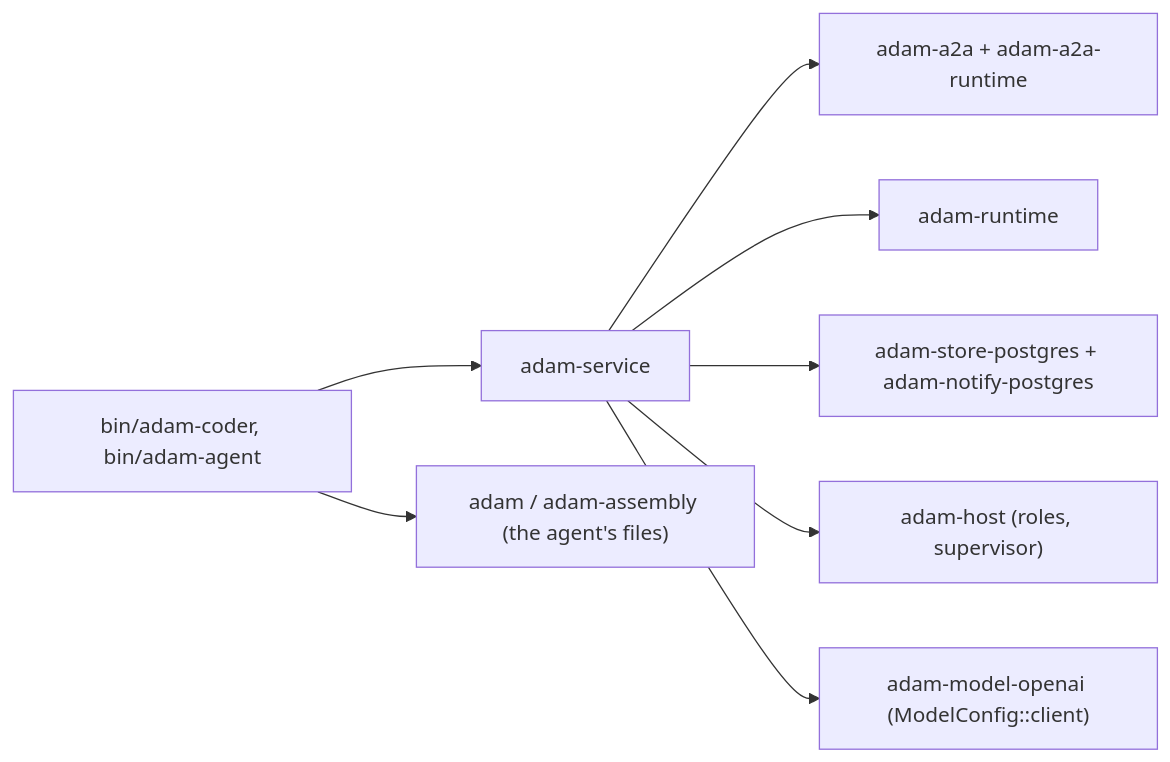
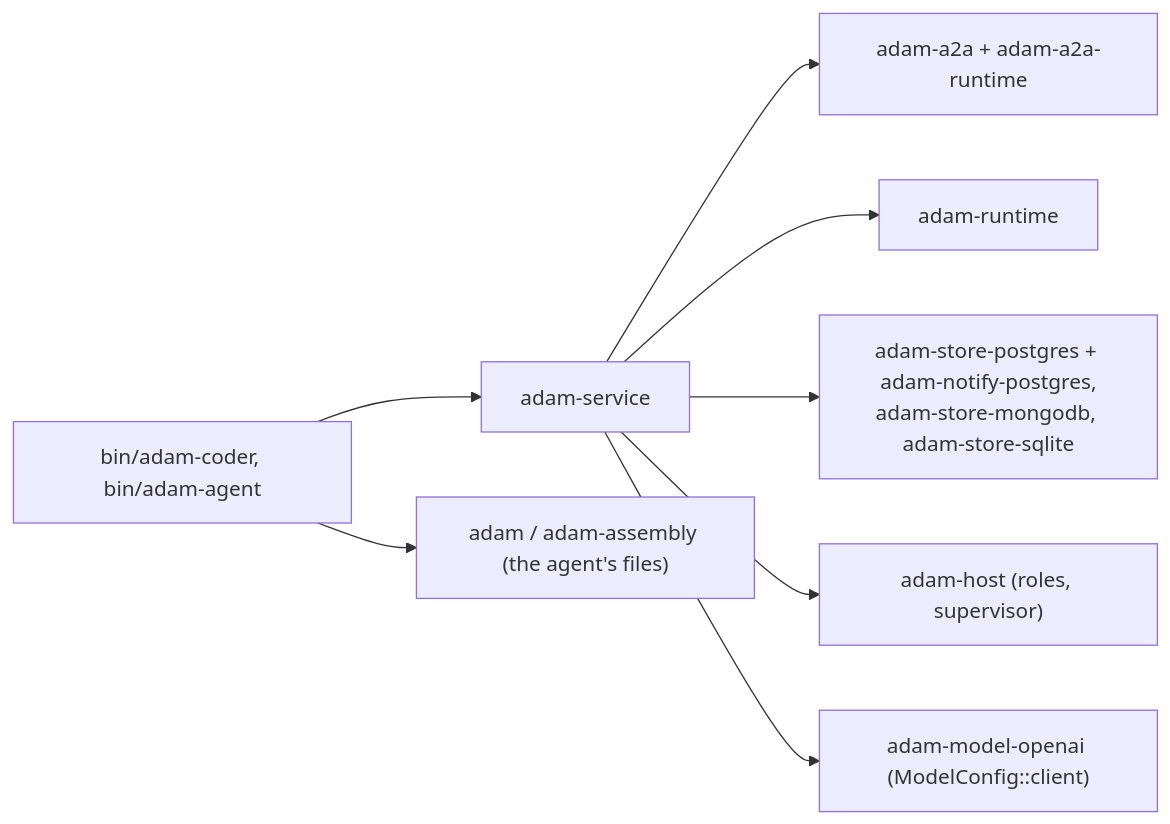
One commit to vymalo/another-adam-rs changed the first of 3 diagrams in crates/adam-service/README.md. Above: the diagram before and after it, drawn with Mermaid. The commit also changed other lines of this file and 26 other files, not shown here.

````diff
--- a/crates/adam-service/README.md
+++ b/crates/adam-service/README.md
@@ -13,10 +14,10 @@
 ```mermaid
 flowchart LR
   bin["bin/adam-coder, bin/adam-agent"] --> svc["adam-service"]
   svc --> a2a["adam-a2a + adam-a2a-runtime"]
   svc --> rt["adam-runtime"]
-  svc --> pg["adam-store-postgres + adam-notify-postgres"]
+  svc --> pg["adam-store-postgres + adam-notify-postgres,<br/>adam-store-mongodb, adam-store-sqlite"]
   svc --> host["adam-host (roles, supervisor)"]
   svc --> oa["adam-model-openai (ModelConfig::client)"]
   bin --> asm["adam / adam-assembly (the agent's files)"]
 ```
````
